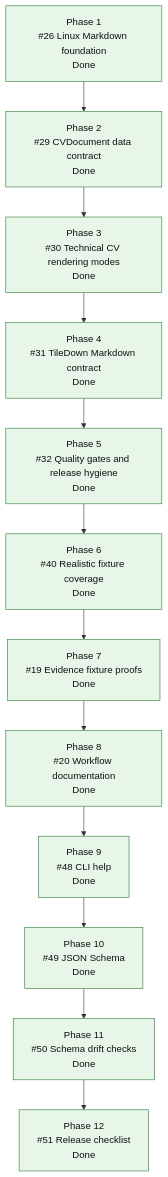
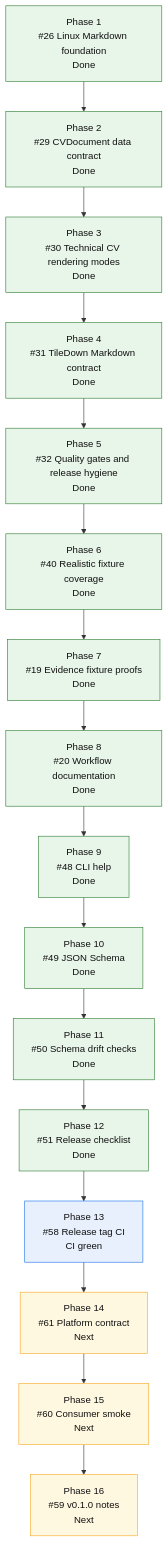
One commit to mihaelamj/cvbuilder changed the diagram in README.md. Above: the diagram before and after it, drawn with Mermaid. The commit also changed other lines of this file and 5 other files, not shown here.

````diff
--- a/README.md
+++ b/README.md
@@ -165,26 +167,32 @@
 ```mermaid
 flowchart TD
     P1["Phase 1<br/>#26 Linux Markdown foundation<br/>Done"]
     P2["Phase 2<br/>#29 CVDocument data contract<br/>Done"]
     P3["Phase 3<br/>#30 Technical CV rendering modes<br/>Done"]
     P4["Phase 4<br/>#31 TileDown Markdown contract<br/>Done"]
     P5["Phase 5<br/>#32 Quality gates and release hygiene<br/>Done"]
     P6["Phase 6<br/>#40 Realistic fixture coverage<br/>Done"]
     P7["Phase 7<br/>#19 Evidence fixture proofs<br/>Done"]
     P8["Phase 8<br/>#20 Workflow documentation<br/>Done"]
     P9["Phase 9<br/>#48 CLI help<br/>Done"]
     P10["Phase 10<br/>#49 JSON Schema<br/>Done"]
     P11["Phase 11<br/>#50 Schema drift checks<br/>Done"]
     P12["Phase 12<br/>#51 Release checklist<br/>Done"]
+    P13["Phase 13<br/>#58 Release tag CI<br/>CI green"]
+    P14["Phase 14<br/>#61 Platform contract<br/>Next"]
+    P15["Phase 15<br/>#60 Consumer smoke<br/>Next"]
+    P16["Phase 16<br/>#59 v0.1.0 notes<br/>Next"]
 
-    P1 --> P2 --> P3 --> P4 --> P5 --> P6 --> P7 --> P8 --> P9 --> P10 --> P11 --> P12
+    P1 --> P2 --> P3 --> P4 --> P5 --> P6 --> P7 --> P8 --> P9 --> P10 --> P11 --> P12 --> P13 --> P14 --> P15 --> P16
 
     classDef done fill:#e8f5e9,stroke:#2e7d32,color:#111;
     classDef active fill:#fff3e0,stroke:#ef6c00,color:#111;
     classDef review fill:#e8f0fe,stroke:#1a73e8,color:#111;
     classDef next fill:#fff8e1,stroke:#f9a825,color:#111;
     classDef partial fill:#e0f7fa,stroke:#00838f,color:#111;
     classDef todo fill:#eef3ff,stroke:#3367d6,color:#111;
     class P1,P2,P3,P4 done;
     class P5,P6,P7,P8,P9,P10,P11,P12 done;
+    class P13 review;
+    class P14,P15,P16 next;
 ```
````
